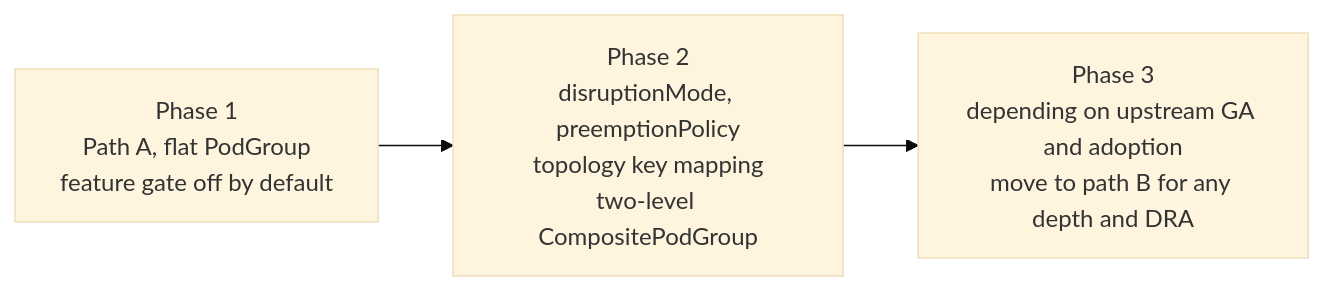
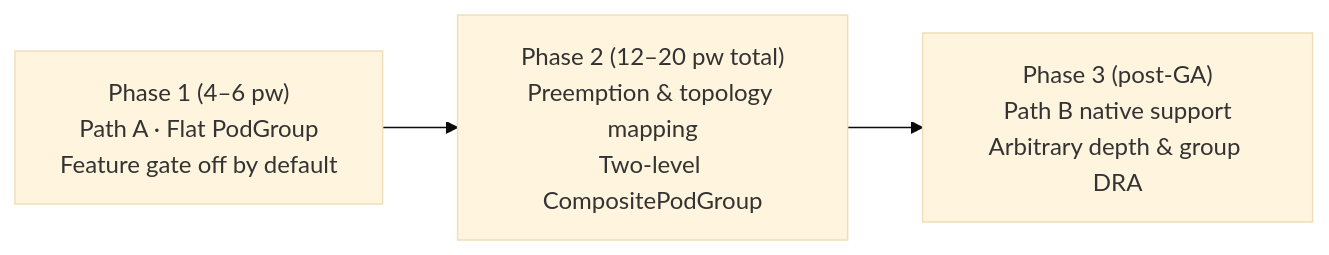
One commit to JesseStutler/volcano changed diagram 15 of 15 in docs/research/k8s-workload-aware-scheduling-vs-volcano.md. Above: the diagram before and after it, drawn with Mermaid (base theme). The commit also changed other lines of this file and 1 other file, not shown here.

First line of the commit message:
docs: improve readability of upstream PodGroup vs Volcano report

````diff
--- a/docs/research/k8s-workload-aware-scheduling-vs-volcano.md
+++ b/docs/research/k8s-workload-aware-scheduling-vs-volcano.md
@@ -725,7 +629,8 @@
 ```mermaid
 flowchart LR
-    P1["Phase 1<br/>Path A, flat PodGroup<br/>feature gate off by default"]
-    P2["Phase 2<br/>disruptionMode, preemptionPolicy<br/>topology key mapping<br/>two-level CompositePodGroup"]
-    P3["Phase 3<br/>depending on upstream GA and adoption<br/>move to path B for any depth and DRA"]
+    P1["Phase 1 (4–6 pw)<br/>Path A · Flat PodGroup<br/>Feature gate off by default"]
+    P2["Phase 2 (12–20 pw total)<br/>Preemption & topology mapping<br/>Two-level CompositePodGroup"]
+    P3["Phase 3 (post-GA)<br/>Path B native support<br/>Arbitrary depth & group DRA"]
+
     P1 --> P2 --> P3
 ```
````
